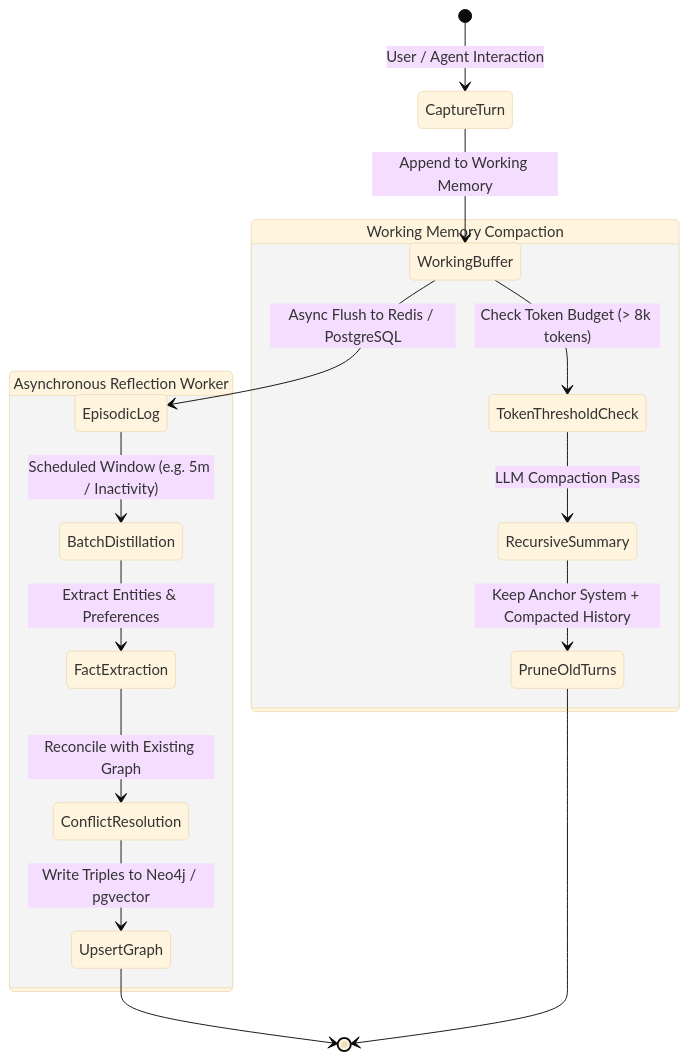
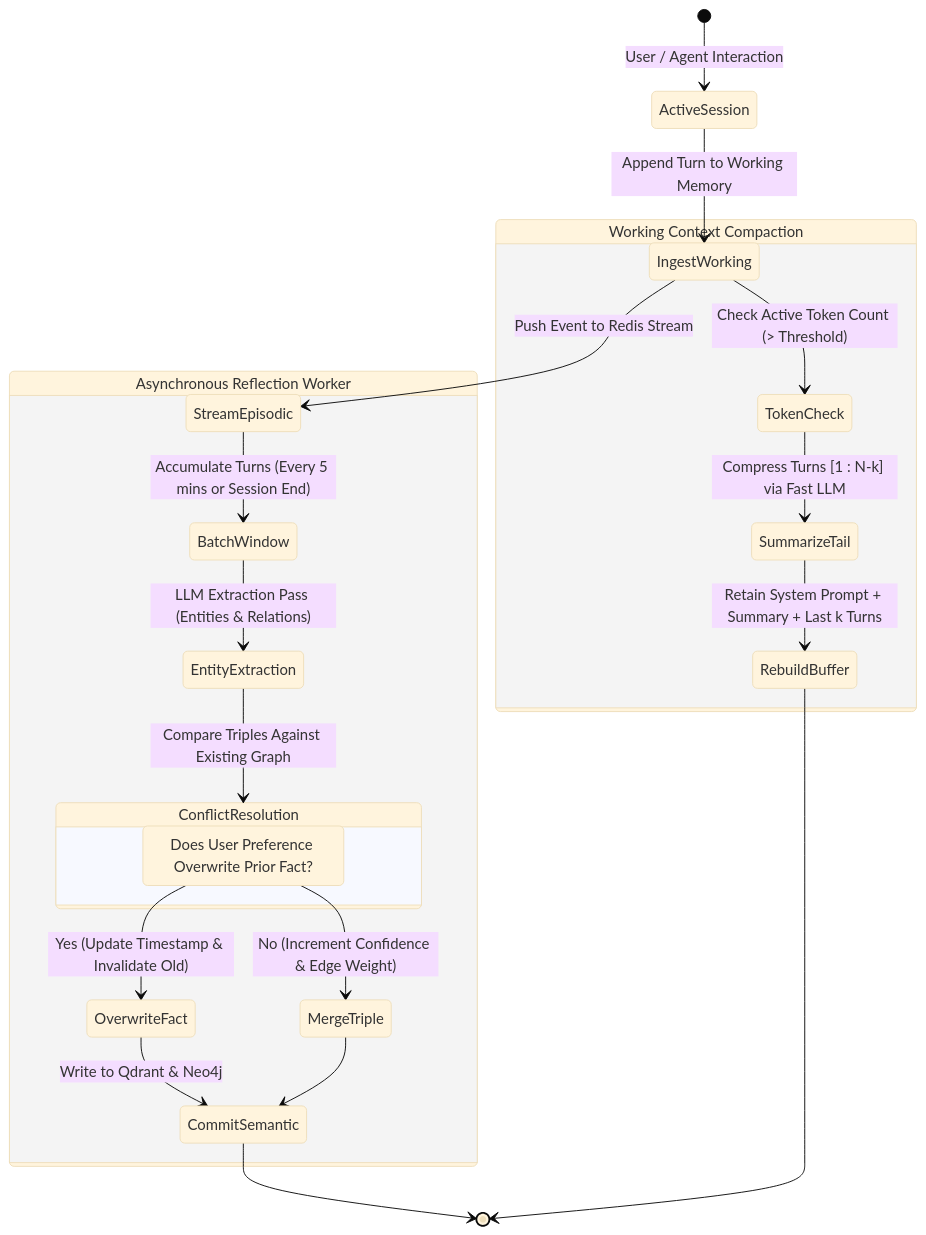
Before and after one commit to vesviet/vesviet: the second of 2 diagrams in content/series/ai-data-engineering-pipeline/part-7-agentic-memory-long-term.md, drawn with Mermaid (base theme). The commit also changed other lines of this file and 67 other files, not shown here.

````diff
--- a/content/series/ai-data-engineering-pipeline/part-7-agentic-memory-long-term.md
+++ b/content/series/ai-data-engineering-pipeline/part-7-agentic-memory-long-term.md
@@ -68,22 +130,30 @@
 ```mermaid
 stateDiagram-v2
-    [*] --> CaptureTurn: User / Agent Interaction
-    CaptureTurn --> WorkingBuffer: Append to Working Memory
-    WorkingBuffer --> EpisodicLog: Async Flush to Redis / PostgreSQL
+    [*] --> ActiveSession: User / Agent Interaction
+    ActiveSession --> IngestWorking: Append Turn to Working Memory
+    IngestWorking --> StreamEpisodic: Push Event to Redis Stream
     
-    state "Asynchronous Reflection Worker" as ReflectionService {
-        EpisodicLog --> BatchDistillation: Scheduled Window (e.g. 5m / Inactivity)
-        BatchDistillation --> FactExtraction: Extract Entities & Preferences
-        FactExtraction --> ConflictResolution: Reconcile with Existing Graph
-        ConflictResolution --> UpsertGraph: Write Triples to Neo4j / pgvector
+    state "Asynchronous Reflection Worker" as ReflectionPipeline {
+        StreamEpisodic --> BatchWindow: Accumulate Turns (Every 5 mins or Session End)
+        BatchWindow --> EntityExtraction: LLM Extraction Pass (Entities & Relations)
+        EntityExtraction --> ConflictResolution: Compare Triples Against Existing Graph
+        
+        state ConflictResolution {
+            CheckContradiction: Does User Preference Overwrite Prior Fact?
+            CheckContradiction --> OverwriteFact: Yes (Update Timestamp & Invalidate Old)
+            CheckContradiction --> MergeTriple: No (Increment Confidence & Edge Weight)
+        }
+        
+        OverwriteFact --> CommitSemantic: Write to Qdrant & Neo4j
+        MergeTriple --> CommitSemantic
     }
 
-    state "Working Memory Compaction" as CompactionService {
-        WorkingBuffer --> TokenThresholdCheck: Check Token Budget (> 8k tokens)
-        TokenThresholdCheck --> RecursiveSummary: LLM Compaction Pass
-        RecursiveSummary --> PruneOldTurns: Keep Anchor System + Compacted History
+    state "Working Context Compaction" as CompactionPipeline {
+        IngestWorking --> TokenCheck: Check Active Token Count (> Threshold)
+        TokenCheck --> SummarizeTail: Compress Turns [1 : N-k] via Fast LLM
+        SummarizeTail --> RebuildBuffer: Retain System Prompt + Summary + Last k Turns
     }
 
-    UpsertGraph --> [*]
-    PruneOldTurns --> [*]
+    CommitSemantic --> [*]
+    RebuildBuffer --> [*]
 ```
````
